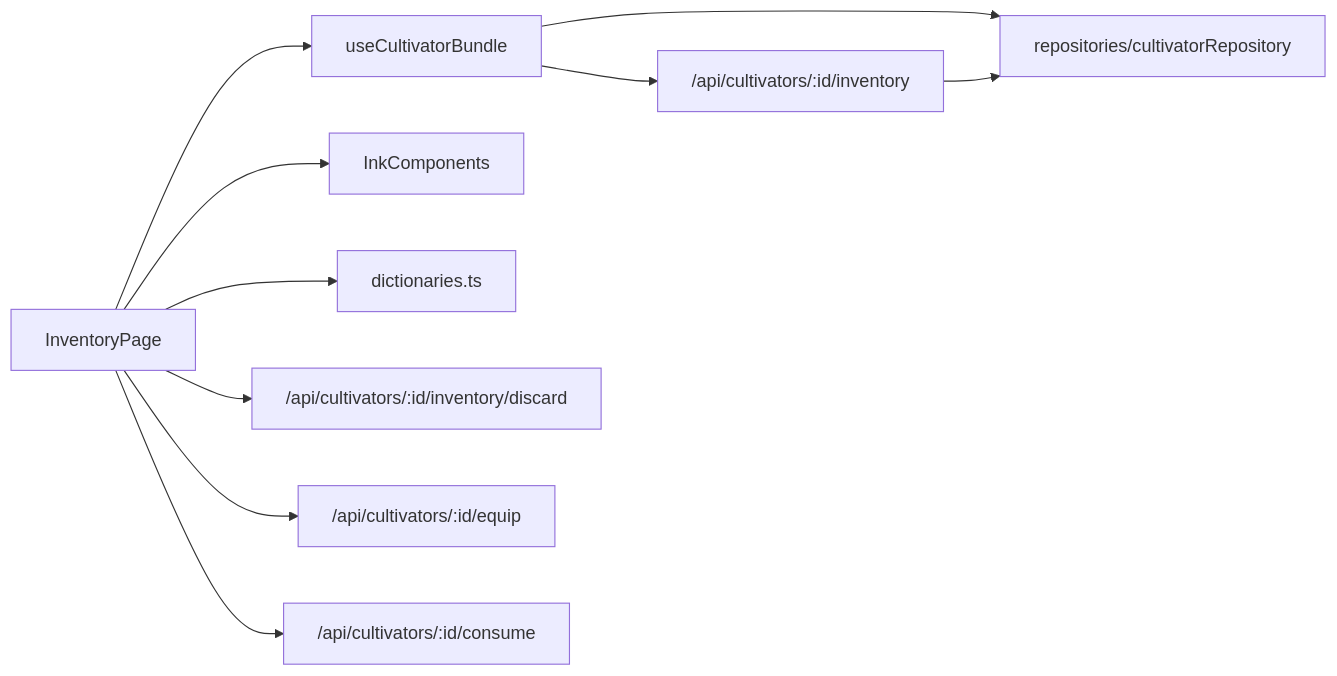
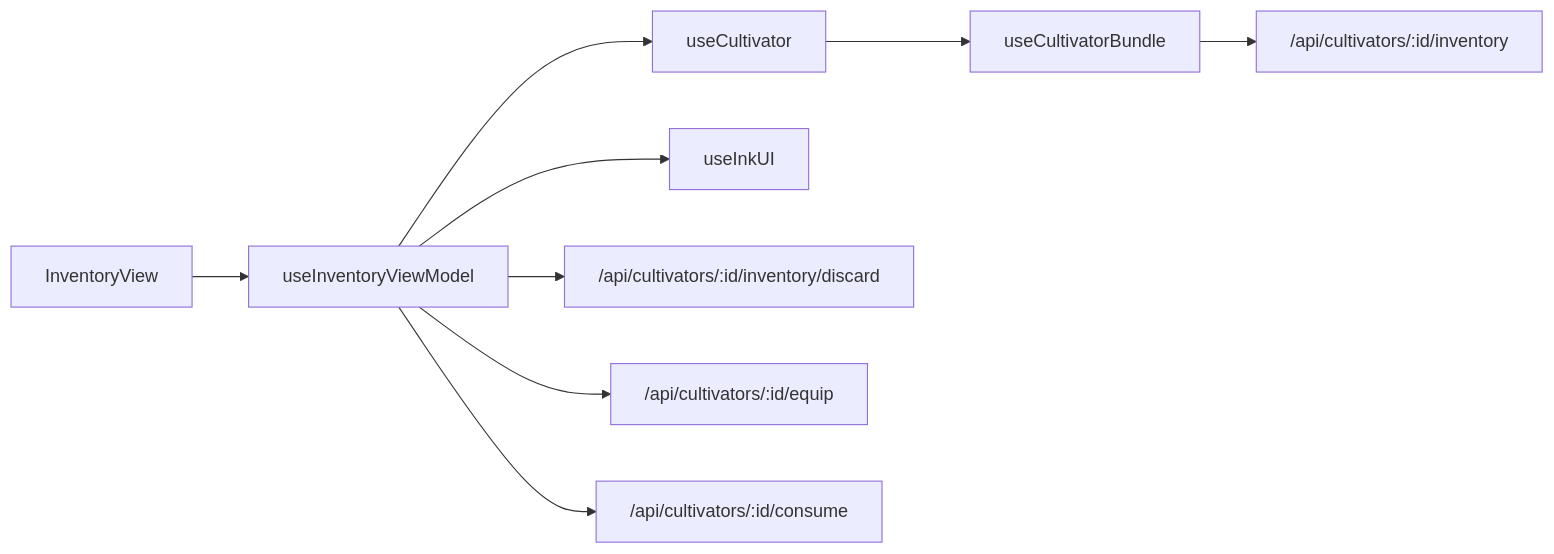
The fourth of 4 diagrams in .qoder/repowiki/zh/content/核心功能模块/角色系统/装备系统/背包管理.md (ChurchTao/Daoyou), drawn with Mermaid before and after one commit. The commit also changed other lines of this file and 14 other files, not shown here.

````diff
--- a/.qoder/repowiki/zh/content/核心功能模块/角色系统/装备系统/背包管理.md
+++ b/.qoder/repowiki/zh/content/核心功能模块/角色系统/装备系统/背包管理.md
@@ -237,12 +273,11 @@
 ```mermaid
 graph LR
-P["InventoryPage"] --> H["useCultivatorBundle"]
-P --> UI["InkComponents"]
-P --> DICT["dictionaries.ts"]
+V["InventoryView"] --> VM["useInventoryViewModel"]
+VM --> CTX["useCultivator"]
+VM --> UI["useInkUI"]
+CTX --> H["useCultivatorBundle"]
 H --> APIInv["/api/cultivators/:id/inventory"]
-H --> REPO["repositories/cultivatorRepository"]
-APIInv --> REPO
-P --> APIDISC["/api/cultivators/:id/inventory/discard"]
-P --> APIEQUIP["/api/cultivators/:id/equip"]
-P --> APICSM["/api/cultivators/:id/consume"]
+VM --> APIDISC["/api/cultivators/:id/inventory/discard"]
+VM --> APIEQUIP["/api/cultivators/:id/equip"]
+VM --> APICSM["/api/cultivators/:id/consume"]
 ```
````
